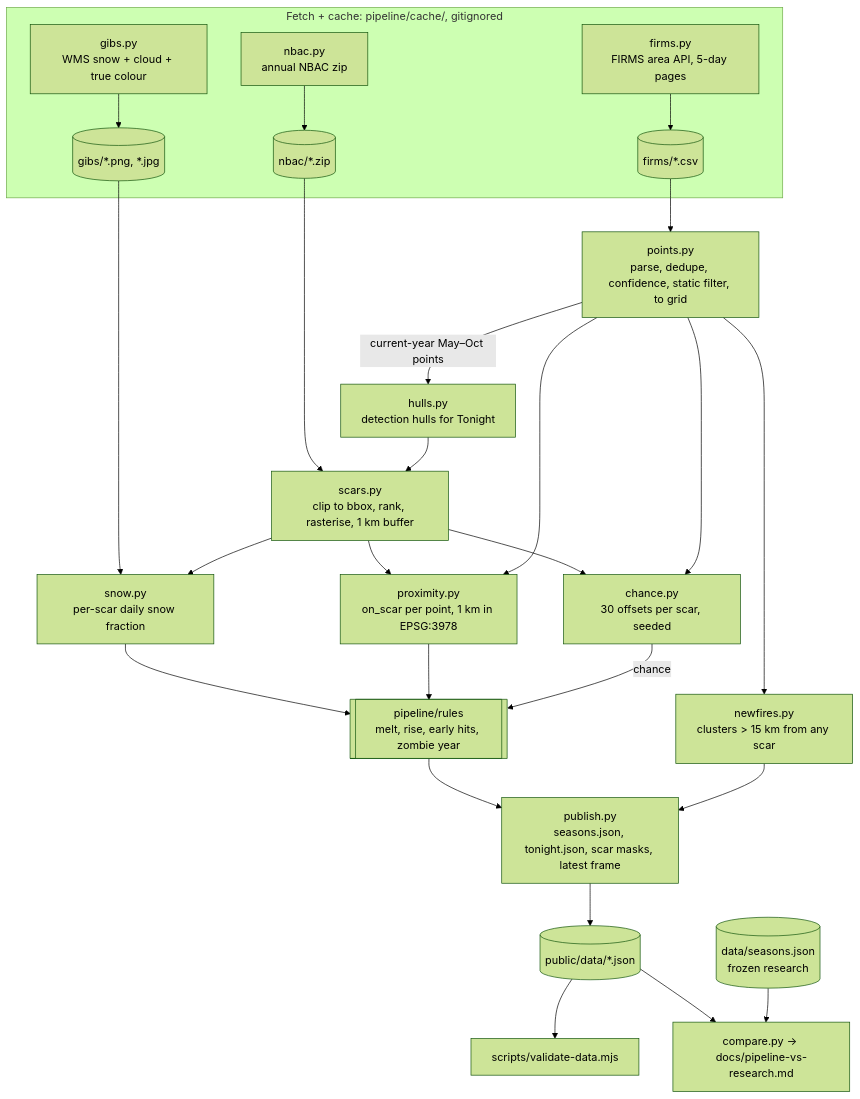
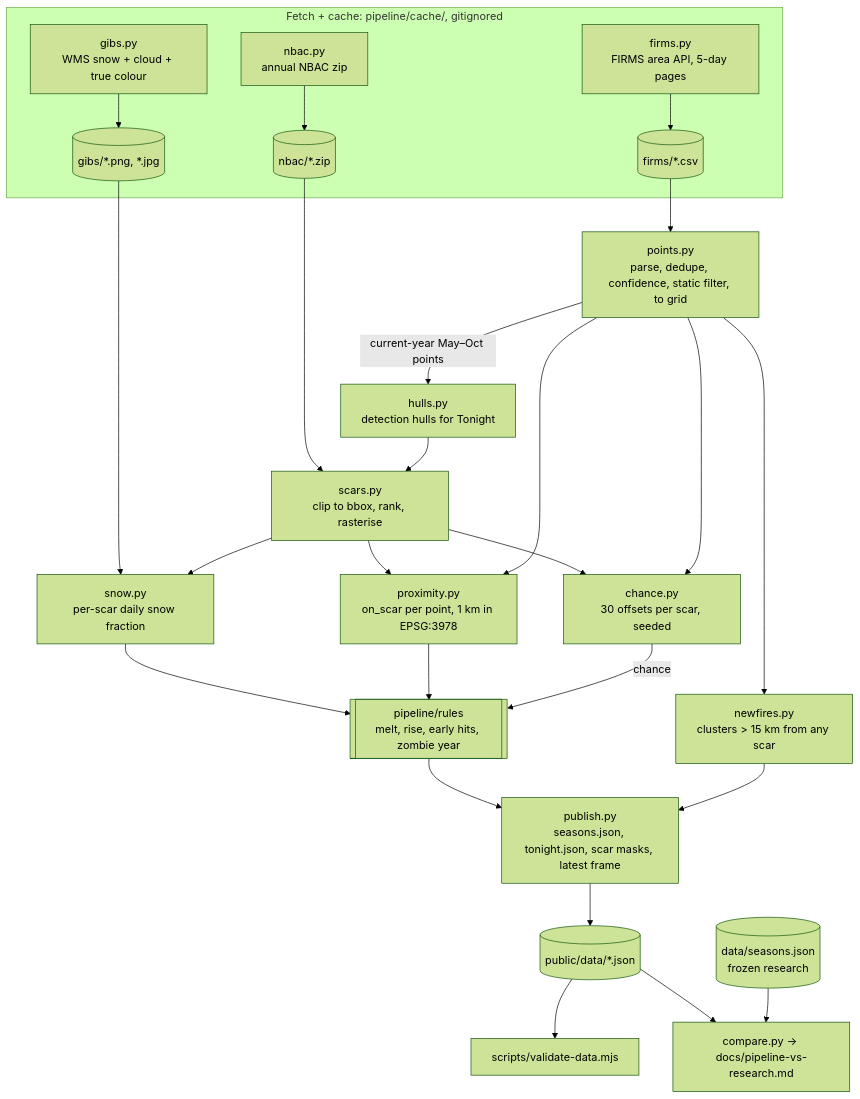
One commit to Reuben-Alex/Revenant changed the diagram in .kiro/specs/data-pipeline/design.md. Above: the diagram before and after it, drawn with Mermaid (forest theme). The commit also changed other lines of this file and 6 other files, not shown here.

````diff
--- a/.kiro/specs/data-pipeline/design.md
+++ b/.kiro/specs/data-pipeline/design.md
@@ -41,28 +41,28 @@
 ```mermaid
 flowchart TD
   subgraph fetch[Fetch + cache: pipeline/cache/, gitignored]
     F[firms.py<br/>FIRMS area API, 5-day pages] --> FC[(firms/*.csv)]
     G[gibs.py<br/>WMS snow + cloud + true colour] --> GC[(gibs/*.png, *.jpg)]
     N[nbac.py<br/>annual NBAC zip] --> NC[(nbac/*.zip)]
   end
   FC --> P[points.py<br/>parse, dedupe, confidence, static filter, to grid]
-  NC --> S[scars.py<br/>clip to bbox, rank, rasterise, 1 km buffer]
+  NC --> S[scars.py<br/>clip to bbox, rank, rasterise]
   P -->|current-year May–Oct points| H[hulls.py<br/>detection hulls for Tonight]
   H --> S
   GC --> SN[snow.py<br/>per-scar daily snow fraction]
   S --> SN
   S --> PX[proximity.py<br/>on_scar per point, 1 km in EPSG:3978]
   P --> PX
   S --> CH[chance.py<br/>30 offsets per scar, seeded]
   P --> CH
   SN --> R[[pipeline/rules<br/>melt, rise, early hits, zombie year]]
   PX --> R
   CH -->|chance| R
   R --> W[publish.py<br/>seasons.json, tonight.json, scar masks, latest frame]
   P --> NF[newfires.py<br/>clusters > 15 km from any scar]
   NF --> W
   W --> J[(public/data/*.json)]
   J --> V[scripts/validate-data.mjs]
   J --> C[compare.py → docs/pipeline-vs-research.md]
   D[(data/seasons.json<br/>frozen research)] --> C
 ```
````
